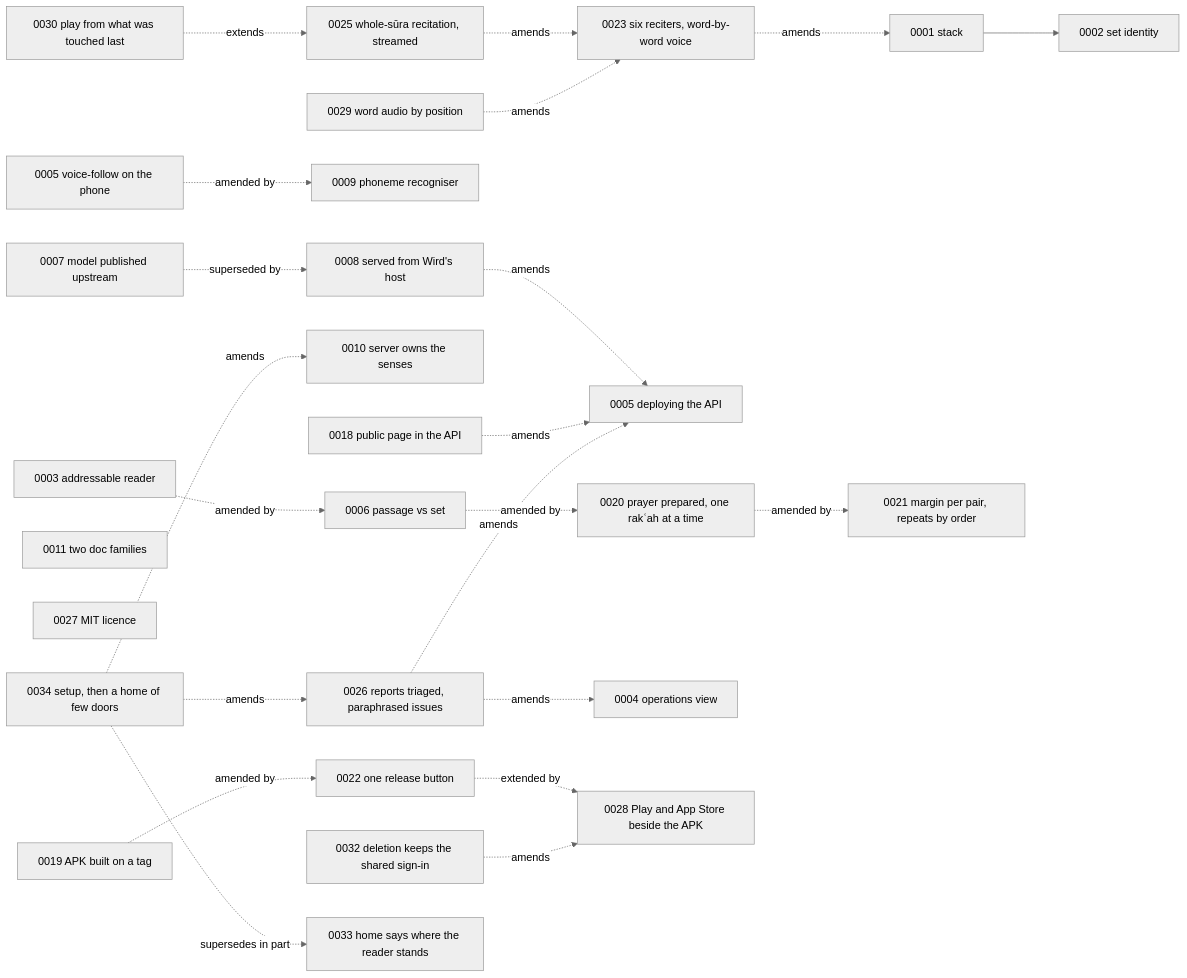
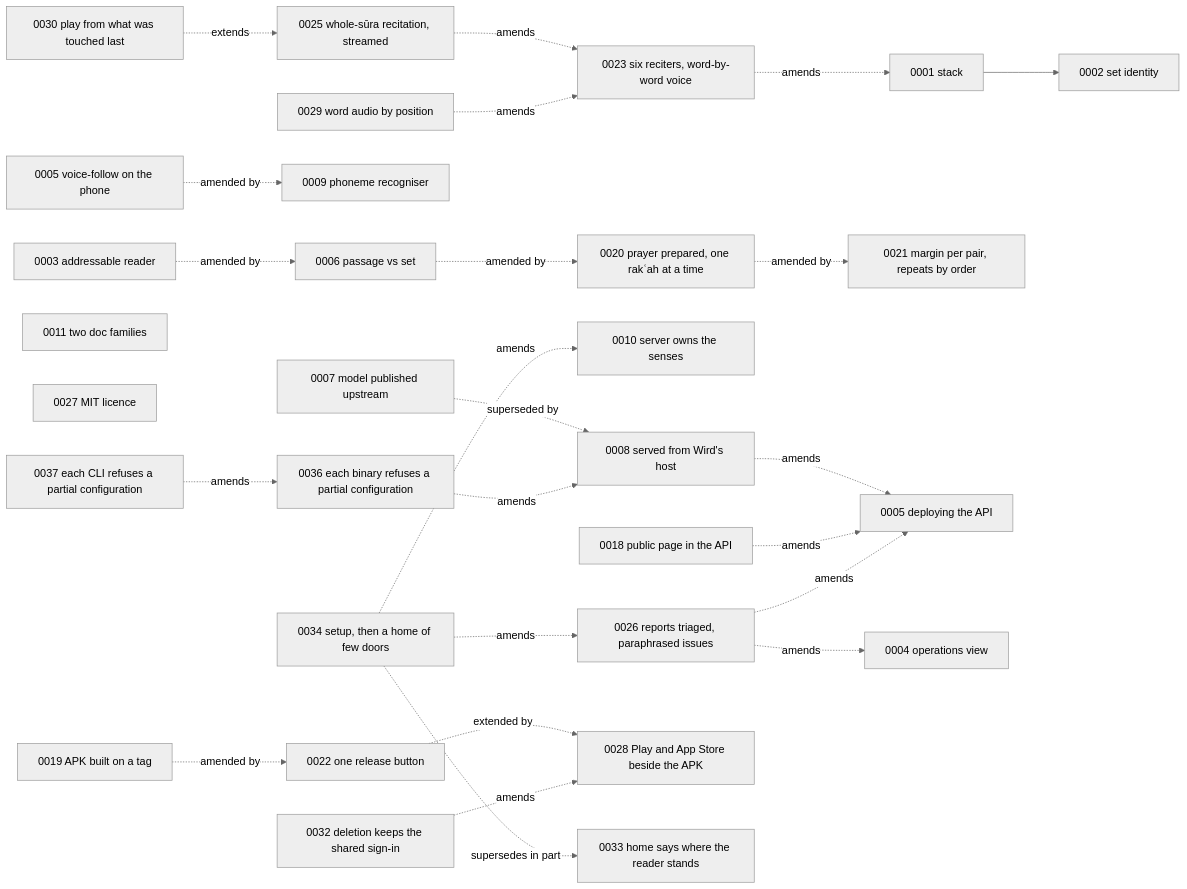
Before and after one commit to MohammadBnei/wird: the diagram in docs/adr/README.md, drawn with Mermaid (neutral theme). The commit also changed other lines of this file and 36 other files, not shown here.

First line of the commit message:
refactor(config)!: one Config per CLI binary (#47)

````diff
--- a/docs/adr/README.md
+++ b/docs/adr/README.md
@@ -7,26 +7,28 @@
 ```mermaid
 flowchart LR
   A1[0001 stack] --> A2[0002 set identity]
   A3[0003 addressable reader] -. amended by .-> A6[0006 passage vs set]
   A6 -. amended by .-> A20[0020 prayer prepared, one rakʿah at a time]
   A20 -. amended by .-> A21[0021 margin per pair, repeats by order]
   A19[0019 APK built on a tag] -. amended by .-> A22[0022 one release button]
   A5v[0005 voice-follow on the phone] -. amended by .-> A9[0009 phoneme recogniser]
   A7[0007 model published upstream] -. superseded by .-> A8[0008 served from Wird's host]
   A8 -. amends .-> A5d[0005 deploying the API]
   A10[0010 server owns the senses]
   A11[0011 two doc families]
   A18[0018 public page in the API] -. amends .-> A5d
   A23[0023 six reciters, word-by-word voice] -. amends .-> A1
   A25[0025 whole-sūra recitation, streamed] -. amends .-> A23
   A26[0026 reports triaged, paraphrased issues] -. amends .-> A4[0004 operations view]
   A26 -. amends .-> A5d
   A27[0027 MIT licence]
   A29[0029 word audio by position] -. amends .-> A23
   A30[0030 play from what was touched last] -. extends .-> A25
   A22 -. extended by .-> A28[0028 Play and App Store beside the APK]
   A32[0032 deletion keeps the shared sign-in] -. amends .-> A28
   A34[0034 setup, then a home of few doors] -. supersedes in part .-> A33[0033 home says where the reader stands]
   A34 -. amends .-> A10
   A34 -. amends .-> A26
+  A36[0036 each binary refuses a partial configuration] -. amends .-> A8
+  A37[0037 each CLI refuses a partial configuration] -. amends .-> A36
 ```
````
